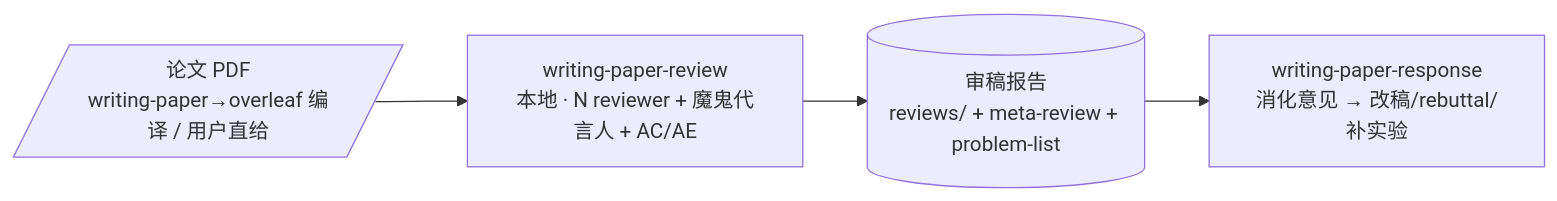
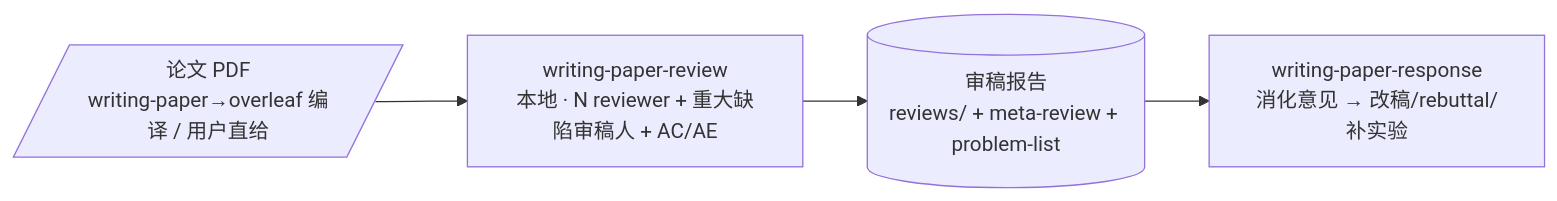
Before and after one commit to jackwang0108/dl-assistant: the first of 2 diagrams in plugins/dl-assistant/skills/writing-paper-review/SKILL.md, drawn with Mermaid. The commit also changed other lines of this file and 143 other files, not shown here.

````diff
--- a/plugins/dl-assistant/skills/writing-paper-review/SKILL.md
+++ b/plugins/dl-assistant/skills/writing-paper-review/SKILL.md
@@ -24,6 +24,6 @@
 ```mermaid
 flowchart LR
-    PDF[/论文 PDF<br/>writing-paper→overleaf 编译 / 用户直给/] --> WPR["writing-paper-review<br/>本地 · N reviewer + 魔鬼代言人 + AC/AE"]
+    PDF[/论文 PDF<br/>writing-paper→overleaf 编译 / 用户直给/] --> WPR["writing-paper-review<br/>本地 · N reviewer + 重大缺陷审稿人 + AC/AE"]
     WPR --> REVIEW[("审稿报告<br/>reviews/ + meta-review + problem-list")]
     REVIEW --> WRESP["writing-paper-response<br/>消化意见 → 改稿/rebuttal/补实验"]
 ```
````
